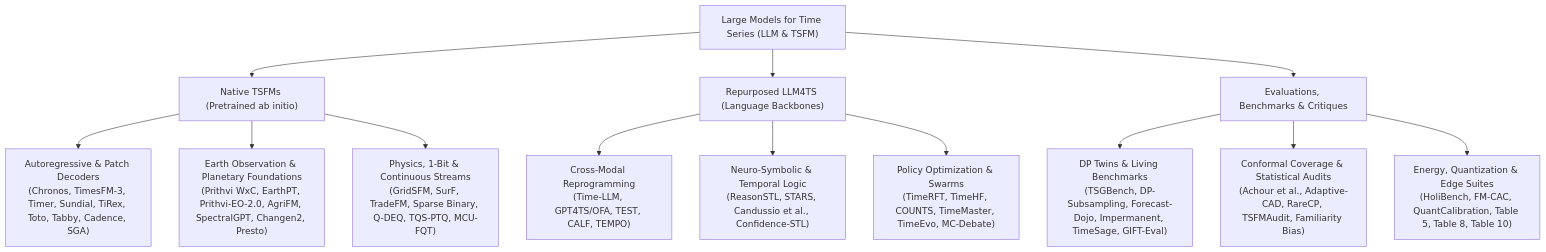
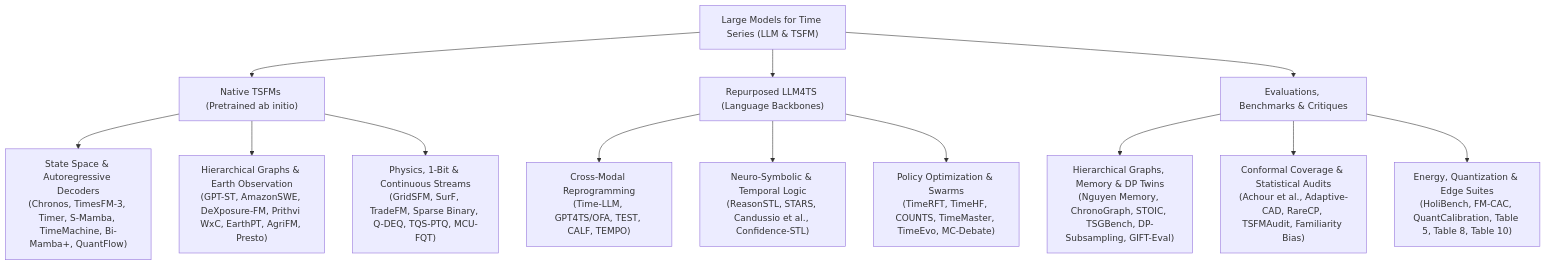
The diagram in README.md (lihuirui/awesome-llm-time-series-foundation-models-survey), drawn with Mermaid before and after one commit. The commit also changed other lines of this file and 26 other files, not shown here.

Commit message:
feat(iter-11): state space models (mamba/s4), hierarchical graph manifolds & latent pfns

````diff
--- a/README.md
+++ b/README.md
@@ -32,19 +32,19 @@
 ```mermaid
 graph TD
     Root["Large Models for Time Series (LLM & TSFM)"]
     Root --> P1["Native TSFMs (Pretrained ab initio)"]
     Root --> P2["Repurposed LLM4TS (Language Backbones)"]
     Root --> P3["Evaluations, Benchmarks & Critiques"]
 
-    P1 --> P1_Dec["Autoregressive & Patch Decoders<br/>(Chronos, TimesFM-3, Timer, Sundial, TiRex, Toto, Tabby, Cadence, SGA)"]
-    P1 --> P1_EO["Earth Observation & Planetary Foundations<br/>(Prithvi WxC, EarthPT, Prithvi-EO-2.0, AgriFM, SpectralGPT, Changen2, Presto)"]
+    P1 --> P1_SSM["State Space & Autoregressive Decoders<br/>(Chronos, TimesFM-3, Timer, S-Mamba, TimeMachine, Bi-Mamba+, QuantFlow)"]
+    P1 --> P1_Graph["Hierarchical Graphs & Earth Observation<br/>(GPT-ST, AmazonSWE, DeXposure-FM, Prithvi WxC, EarthPT, AgriFM, Presto)"]
     P1 --> P1_Phys["Physics, 1-Bit & Continuous Streams<br/>(GridSFM, SurF, TradeFM, Sparse Binary, Q-DEQ, TQS-PTQ, MCU-FQT)"]
 
     P2 --> P2_Reprog["Cross-Modal Reprogramming<br/>(Time-LLM, GPT4TS/OFA, TEST, CALF, TEMPO)"]
     P2 --> P2_Logic["Neuro-Symbolic & Temporal Logic<br/>(ReasonSTL, STARS, Candussio et al., Confidence-STL)"]
     P2 --> P2_Agent["Policy Optimization & Swarms<br/>(TimeRFT, TimeHF, COUNTS, TimeMaster, TimeEvo, MC-Debate)"]
 
-    P3 --> P3_Bench["DP Twins & Living Benchmarks<br/>(TSGBench, DP-Subsampling, Forecast-Dojo, Impermanent, TimeSage, GIFT-Eval)"]
+    P3 --> P3_Bench["Hierarchical Graphs, Memory & DP Twins<br/>(Nguyen Memory, ChronoGraph, STOIC, TSGBench, DP-Subsampling, GIFT-Eval)"]
     P3 --> P3_Conf["Conformal Coverage & Statistical Audits<br/>(Achour et al., Adaptive-CAD, RareCP, TSFMAudit, Familiarity Bias)"]
     P3 --> P3_Energy["Energy, Quantization & Edge Suites<br/>(HoliBench, FM-CAC, QuantCalibration, Table 5, Table 8, Table 10)"]
 ```
````
